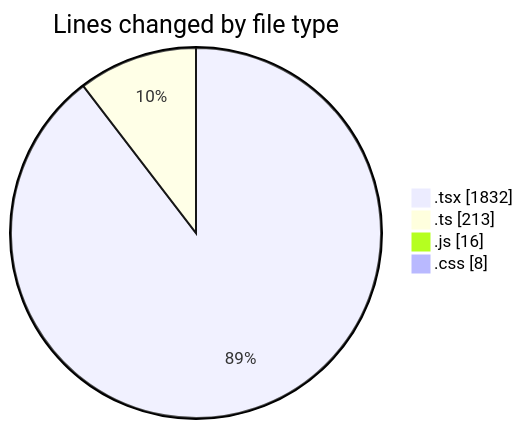
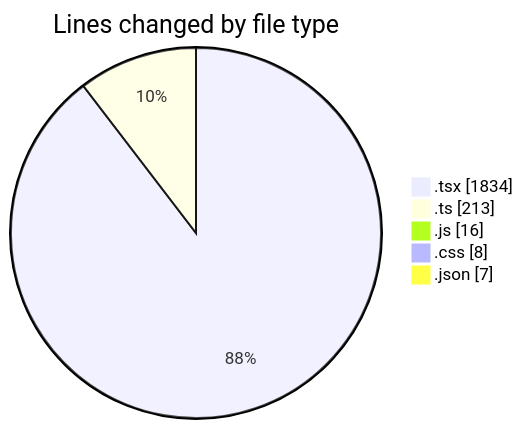
One commit to robertbonfada/code-tracking changed the first of 2 diagrams in 2025-01-17/mbc-web/README.md. Above: the diagram before and after it, drawn with Mermaid. The commit also changed other lines of this file and 1 other file, not shown here.

````diff
--- a/2025-01-17/mbc-web/README.md
+++ b/2025-01-17/mbc-web/README.md
@@ -32,8 +33,9 @@
 ```mermaid
 pie showData
 title Lines changed by file type
-".tsx" : 1832
+".tsx" : 1834
 ".ts" : 213
 ".js" : 16
 ".css" : 8
+".json" : 7
 ```
````
